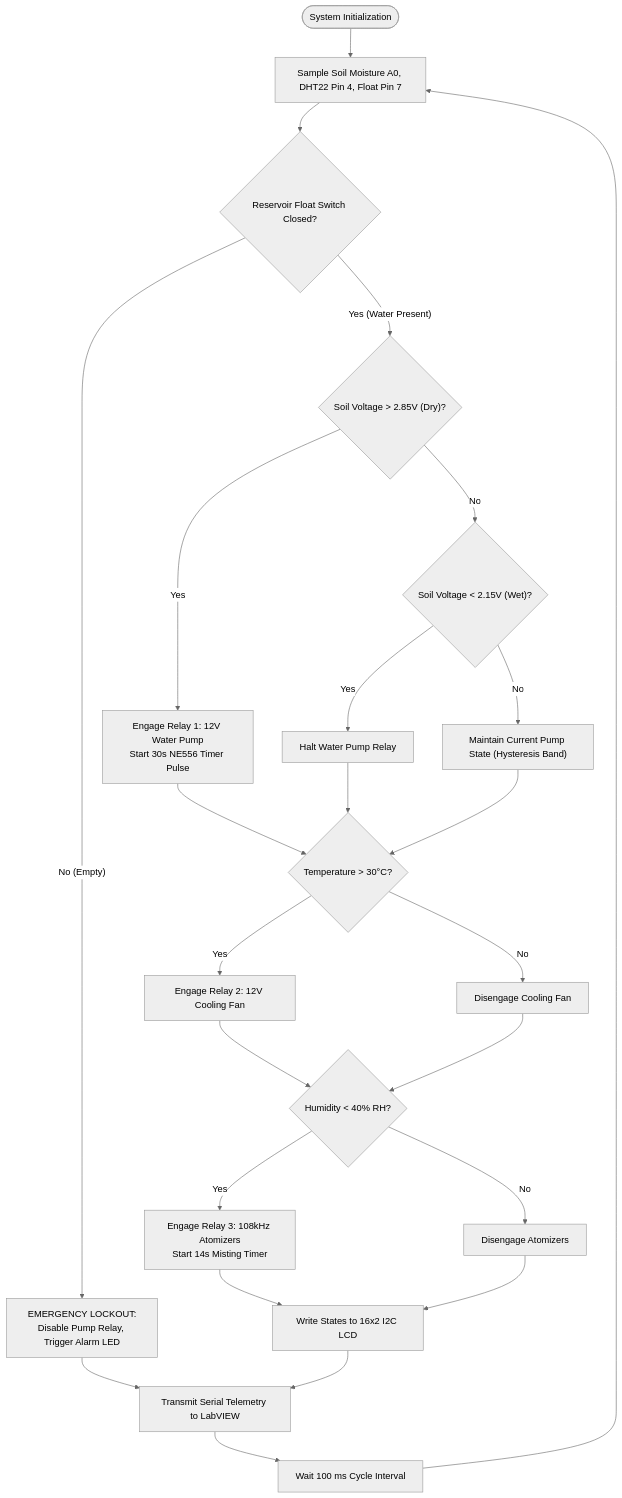
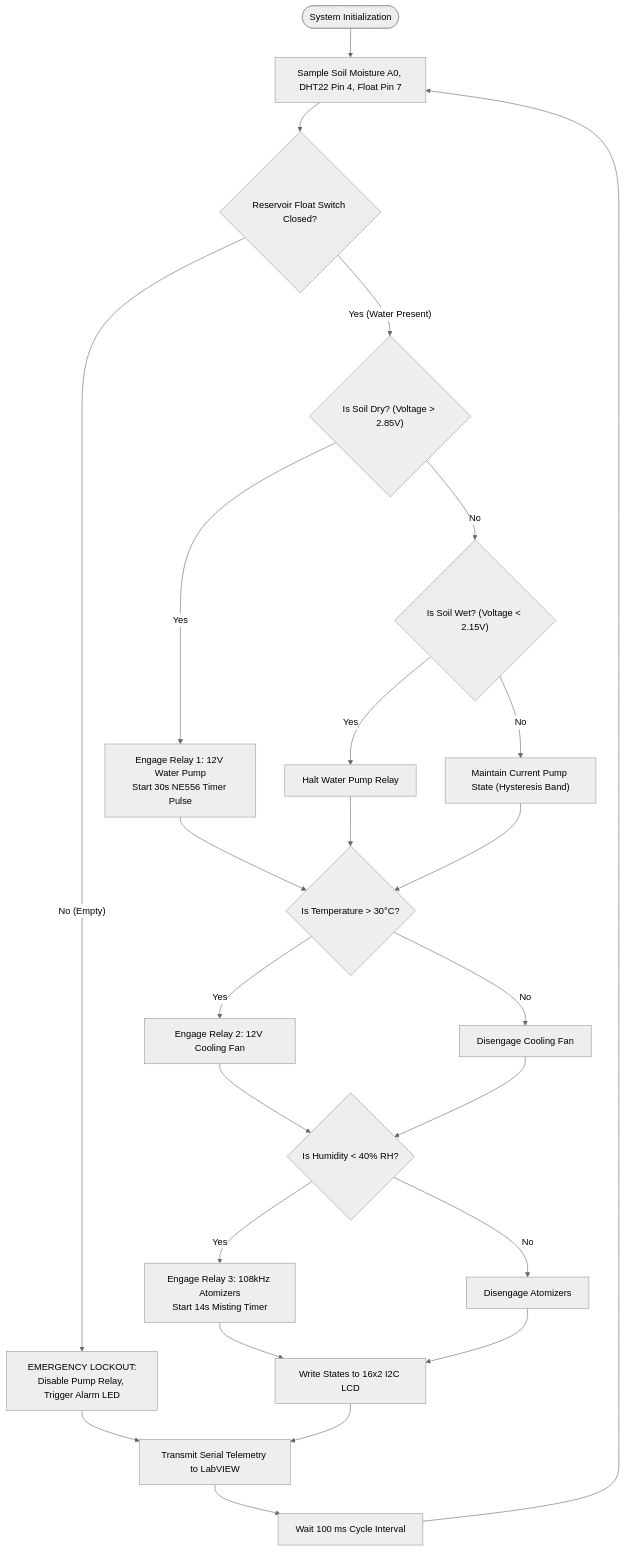
The second of 2 diagrams in README.md (Hitesh070/Analog-Irrigation-System-LabVIEW), drawn with Mermaid (neutral theme) before and after one commit. The commit also changed other lines of this file, not shown here.

Commit message:
docs(readme): convert multi-node connections to discrete arrows and sanitize mermaid tokens

````diff
--- a/README.md
+++ b/README.md
@@ -309,27 +311,33 @@
 ```mermaid
 flowchart TD
     Start(["System Initialization"]) --> ReadSensors["Sample Soil Moisture A0, DHT22 Pin 4, Float Pin 7"]
     ReadSensors --> CheckFloat{"Reservoir Float Switch Closed?"}
     
-    CheckFloat -- No (Empty) --> Lockout["EMERGENCY LOCKOUT:<br/>Disable Pump Relay, Trigger Alarm LED"]
+    CheckFloat -- "No (Empty)" --> Lockout["EMERGENCY LOCKOUT:<br/>Disable Pump Relay, Trigger Alarm LED"]
     Lockout --> StreamUART["Transmit Serial Telemetry to LabVIEW"]
     
-    CheckFloat -- Yes (Water Present) --> EvalSoil{"Soil Voltage &gt; 2.85V (Dry)?"}
+    CheckFloat -- "Yes (Water Present)" --> EvalSoil{"Is Soil Dry? (Voltage > 2.85V)"}
     
     EvalSoil -- Yes --> TriggerPump["Engage Relay 1: 12V Water Pump<br/>Start 30s NE556 Timer Pulse"]
-    EvalSoil -- No --> CheckMoist{"Soil Voltage &lt; 2.15V (Wet)?"}
+    EvalSoil -- No --> CheckMoist{"Is Soil Wet? (Voltage < 2.15V)"}
     CheckMoist -- Yes --> StopPump["Halt Water Pump Relay"]
     CheckMoist -- No --> HoldPump["Maintain Current Pump State (Hysteresis Band)"]
     
-    TriggerPump & StopPump & HoldPump --> EvalTemp{"Temperature &gt; 30°C?"}
+    TriggerPump --> EvalTemp{"Is Temperature > 30°C?"}
+    StopPump --> EvalTemp
+    HoldPump --> EvalTemp
+
     EvalTemp -- Yes --> TriggerFan["Engage Relay 2: 12V Cooling Fan"]
     EvalTemp -- No --> StopFan["Disengage Cooling Fan"]
     
-    TriggerFan & StopFan --> EvalHumidity{"Humidity &lt; 40% RH?"}
+    TriggerFan --> EvalHumidity{"Is Humidity < 40% RH?"}
+    StopFan --> EvalHumidity
+
     EvalHumidity -- Yes --> TriggerMist["Engage Relay 3: 108kHz Atomizers<br/>Start 14s Misting Timer"]
     EvalHumidity -- No --> StopMist["Disengage Atomizers"]
     
-    TriggerMist & StopMist --> UpdateLCD["Write States to 16x2 I2C LCD"]
+    TriggerMist --> UpdateLCD["Write States to 16x2 I2C LCD"]
+    StopMist --> UpdateLCD
     UpdateLCD --> StreamUART
     StreamUART --> Delay["Wait 100 ms Cycle Interval"] --> ReadSensors
 ```
````
